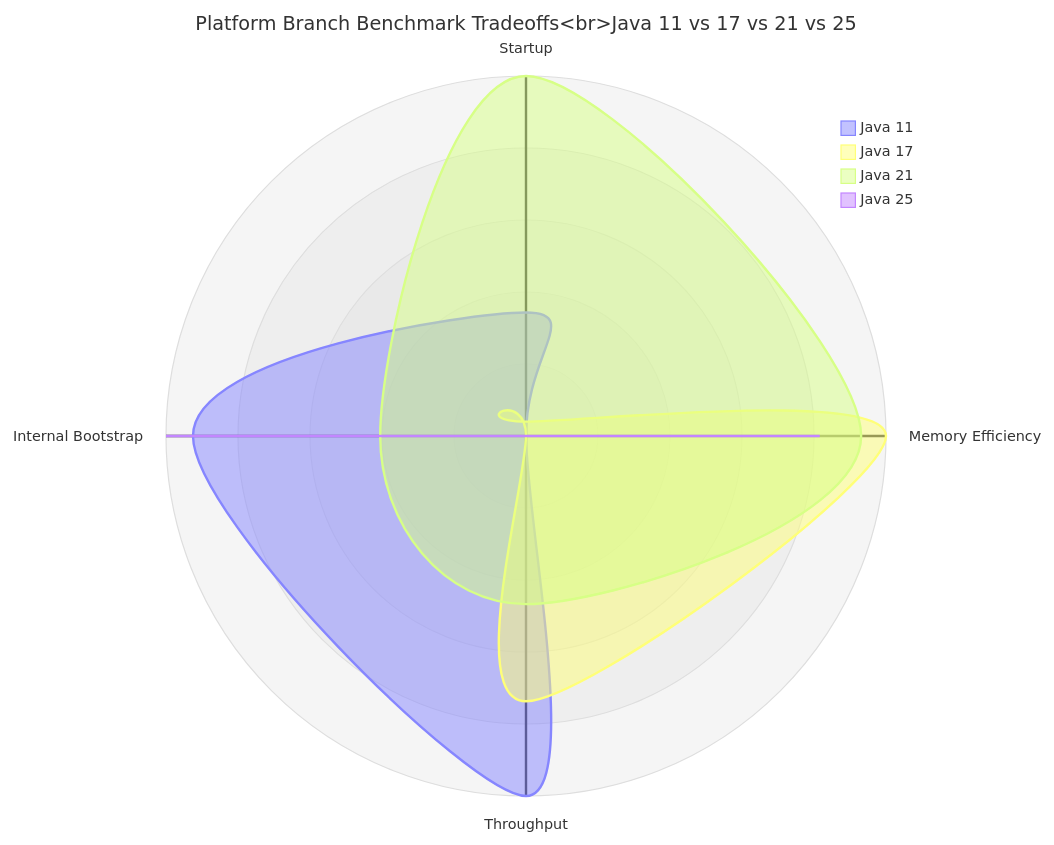
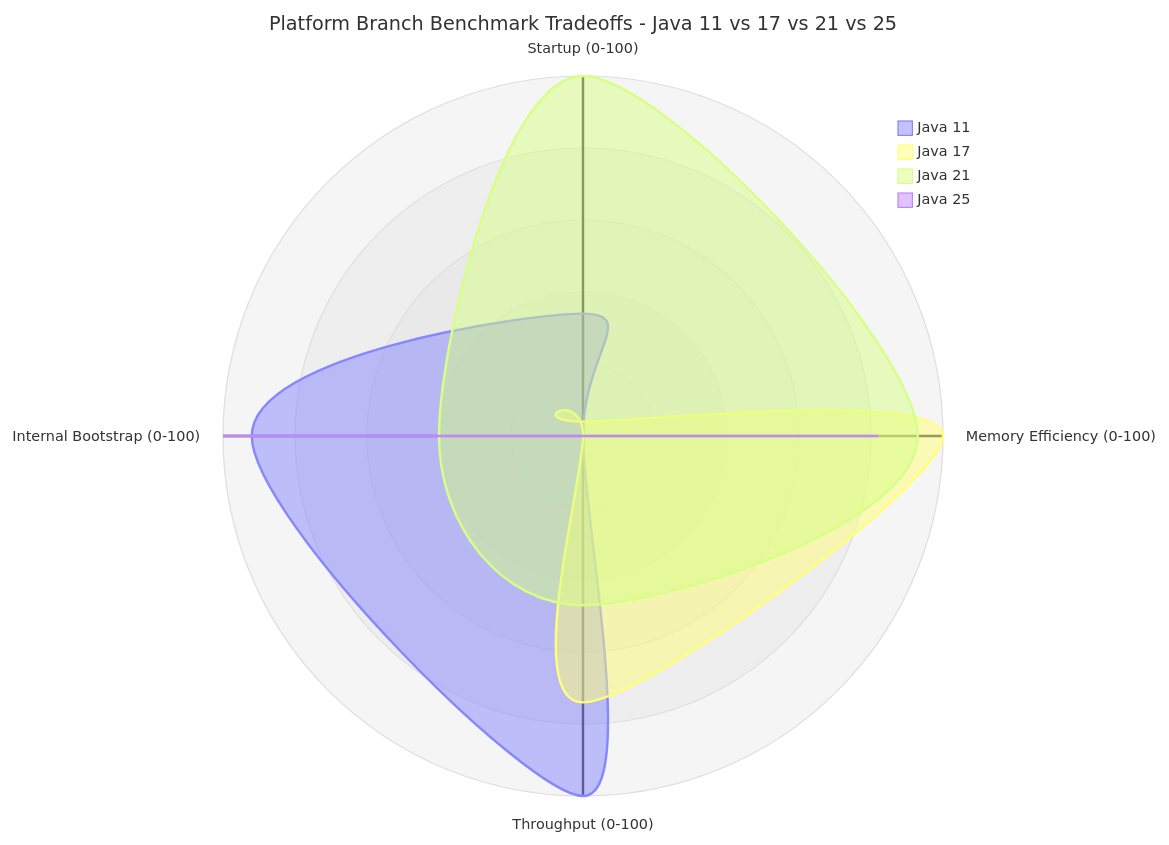
One commit to SaschaMoellering/acmecorp-platform changed the diagram in docs/episodes/episode-07/assets/diagrams/E07-D04-master-benchmark.md. Above: the diagram before and after it, drawn with Mermaid. The commit also changed other lines of this file and 4 other files, not shown here.

Commit message:
Episode 7: finalize benchmark diagram family (D01–D04)

````diff
--- a/docs/episodes/episode-07/assets/diagrams/E07-D04-master-benchmark.md
+++ b/docs/episodes/episode-07/assets/diagrams/E07-D04-master-benchmark.md
@@ -1,19 +3,19 @@
 ```mermaid
 radar-beta
-title Platform Branch Benchmark Tradeoffs<br/>Java 11 vs 17 vs 21 vs 25
+title Platform Branch Benchmark Tradeoffs - Java 11 vs 17 vs 21 vs 25
 
-axis startup["Startup"]
-axis memory["Memory Efficiency"]
-axis throughput["Throughput"]
-axis bootstrap["Internal Bootstrap"]
+axis startup["Startup (0-100)"]
+axis memory["Memory Efficiency (0-100)"]
+axis throughput["Throughput (0-100)"]
+axis bootstrap["Internal Bootstrap (0-100)"]
 
 %% Relative strength scores normalized from the 5-run medians.
 %% Higher is better on every axis.
 %% Startup + Internal Bootstrap invert lower-is-better timings.
 %% Memory Efficiency inverts lower-is-better memory footprint.
 
-curve java11["Java 11"]{34.3, 0.0, 100.0, 92.5}
-curve java17["Java 17"]{4.0, 100.0, 73.7, 0.0}
-curve java21["Java 21"]{100.0, 93.1, 46.7, 40.5}
-curve java25["Java 25"]{0.0, 81.6, 0.0, 100.0}
+curve java11["Java 11"]{34, 0, 100, 92}
+curve java17["Java 17"]{4, 100, 74, 0}
+curve java21["Java 21"]{100, 93, 47, 40}
+curve java25["Java 25"]{0, 82, 0, 100}
 ```
````
